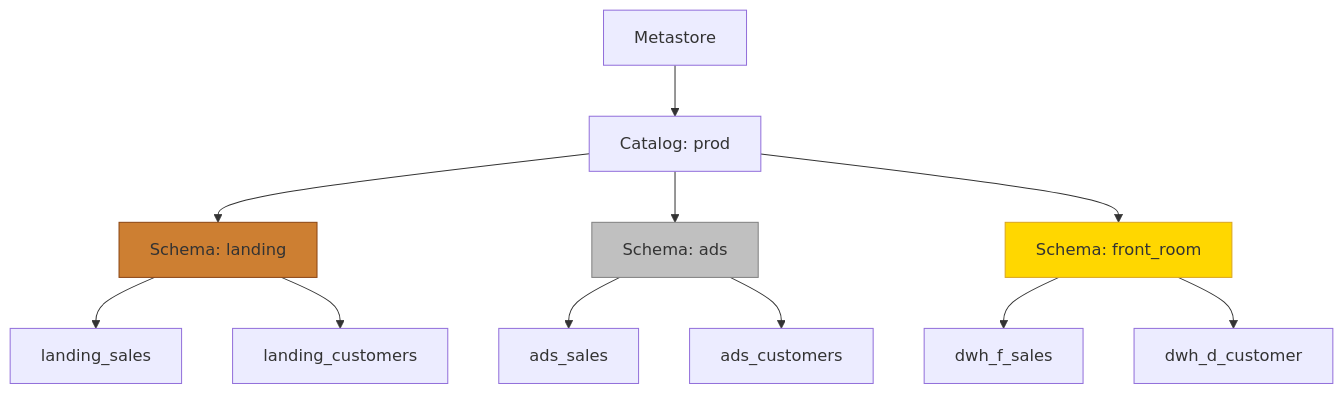
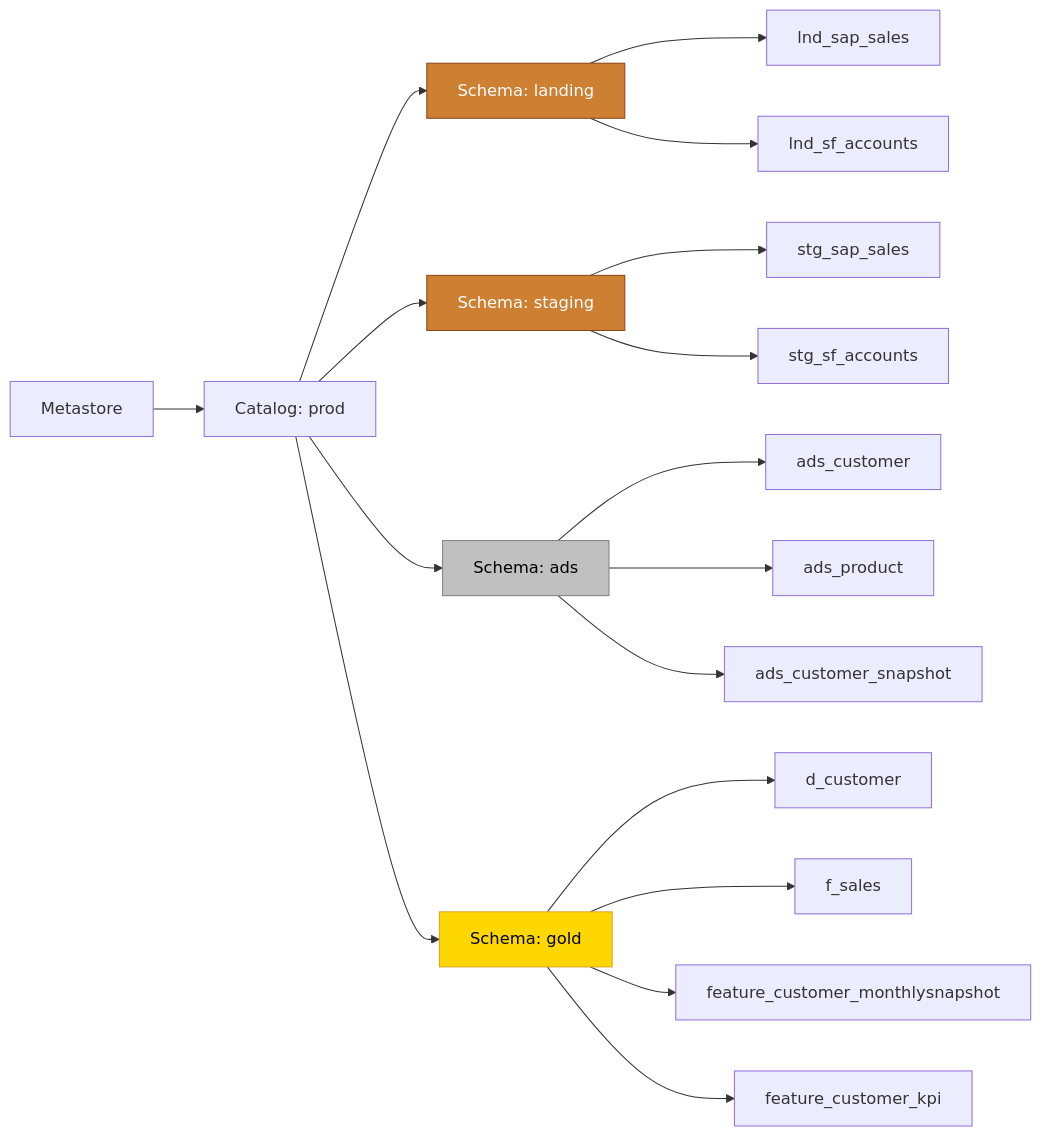
The diagram in Technical Guideline Ops/Databricks Best-Practices/Unity Catalog.md (PlainsightPro/Vision-Playbook), drawn with Mermaid before and after one commit. The commit also changed other lines of this file and 18 other files, not shown here.

Commit message:
Updated to better align with Bronze/Silver/Gold

````diff
--- a/Technical Guideline Ops/Databricks Best-Practices/Unity Catalog.md
+++ b/Technical Guideline Ops/Databricks Best-Practices/Unity Catalog.md
@@ -19,20 +15,29 @@
 ```mermaid
 %%{init: { "flowchart": { "useMaxWidth": true } } }%%
-flowchart TD
+flowchart LR
+    %% Schemas per layer
     MS[Metastore] --> UC[Catalog: prod]
     UC --> Landing[Schema: landing]
+    UC --> Staging[Schema: staging]
     UC --> ADS[Schema: ads]
-    UC --> Front[Schema: front_room]
+    UC --> Gold[Schema: gold]
 
-    Landing --> L1[landing_sales]
-    Landing --> L2[landing_customers]
-    ADS --> A1[ads_sales]
-    ADS --> A2[ads_customers]
-    Front --> F1[dwh_f_sales]
-    Front --> F2[dwh_d_customer]
+    %% Example objects
+    Landing --> L1[lnd_sap_sales]
+    Landing --> L2[lnd_sf_accounts]
+    Staging --> S1[stg_sap_sales]
+    Staging --> S2[stg_sf_accounts]
+    ADS --> A1[ads_customer]
+    ADS --> A2[ads_product]
+    ADS --> A3[ads_customer_snapshot]
+    Gold --> G1[d_customer]
+    Gold --> G2[f_sales]
+    Gold --> G3[feature_customer_monthlysnapshot]
+    Gold --> G4[feature_customer_kpi]
 
     %% Layer coloring aligned with Medallion mapping
-    style Landing fill:#CD7F32,stroke:#8B4513,color:#FFFFFF   %% Staging/Landing - Bronze-equivalent
-    style ADS fill:#C0C0C0,stroke:#808080,color:#000000       %% ADS - Silver
-    style Front fill:#FFD700,stroke:#DAA520,color:#000000     %% Front Room - Gold
+    style Landing fill:#CD7F32,stroke:#8B4513,color:#FFFFFF
+    style Staging fill:#CD7F32,stroke:#8B4513,color:#FFFFFF
+    style ADS fill:#C0C0C0,stroke:#808080,color:#000000
+    style Gold fill:#FFD700,stroke:#DAA520,color:#000000
 ```
````
